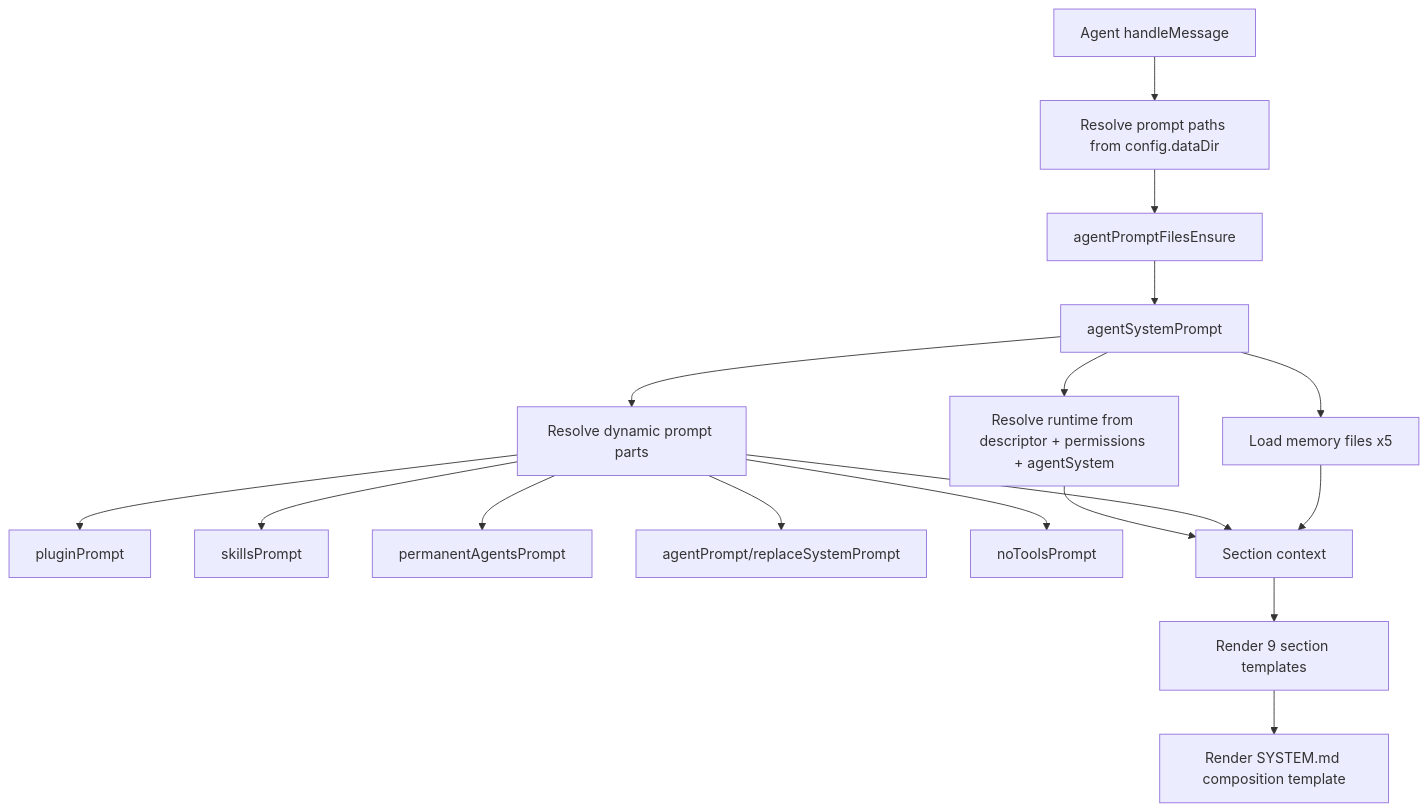
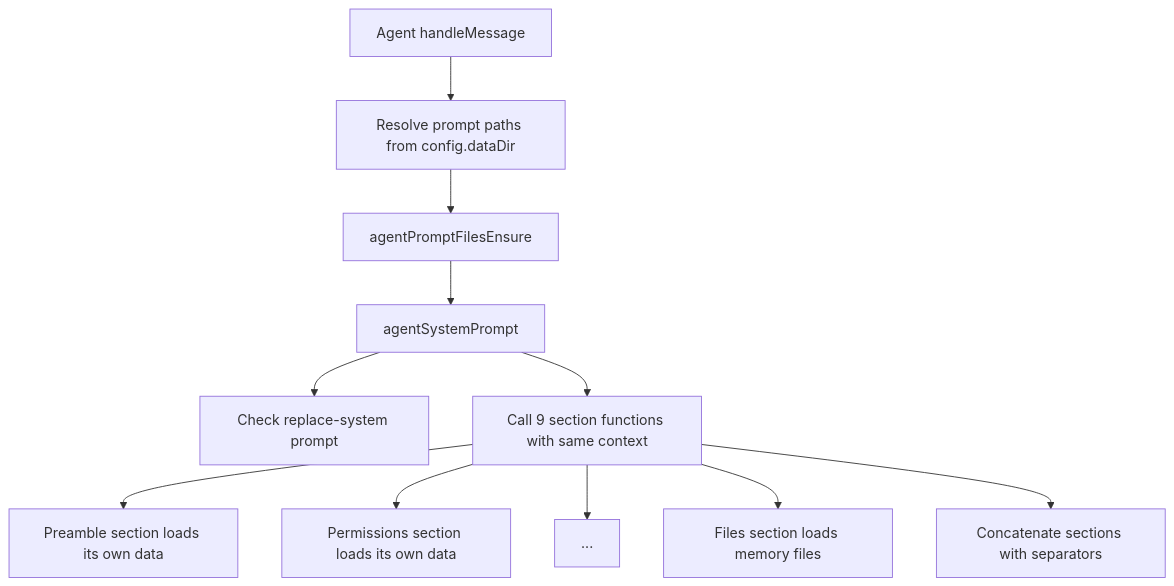
The diagram in doc/internals/agent-system-prompt.md (ex3ndr-bot/daycare), drawn with Mermaid before and after one commit. The commit also changed other lines of this file and 16 other files, not shown here.

Commit message:
refactor(agents): split system prompt into self-loading sections

````diff
--- a/doc/internals/agent-system-prompt.md
+++ b/doc/internals/agent-system-prompt.md
@@ -26,19 +28,13 @@
 ```mermaid
 flowchart TD
   A[Agent handleMessage] --> A1[Resolve prompt paths from config.dataDir]
   A1 --> A2[agentPromptFilesEnsure]
   A2 --> B[agentSystemPrompt]
-  B --> C[Resolve runtime from descriptor + permissions + agentSystem]
-  B --> D[Resolve dynamic prompt parts]
-  D --> D1[pluginPrompt]
-  D --> D2[skillsPrompt]
-  D --> D3[permanentAgentsPrompt]
-  D --> D4[agentPrompt/replaceSystemPrompt]
-  D --> D5[noToolsPrompt]
-  B --> E[Load memory files x5]
-  C --> F[Section context]
-  D --> F
-  E --> F
-  F --> G[Render 9 section templates]
-  G --> H[Render SYSTEM.md composition template]
+  B --> C[Check replace-system prompt]
+  B --> D[Call 9 section functions with same context]
+  D --> D1[Preamble section loads its own data]
+  D --> D2[Permissions section loads its own data]
+  D --> D3[...]
+  D --> D4[Files section loads memory files]
+  D --> E[Concatenate sections with separators]
 ```
````
